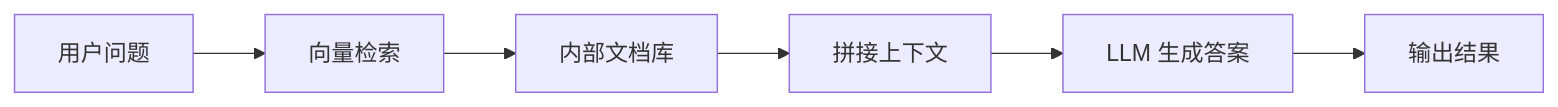
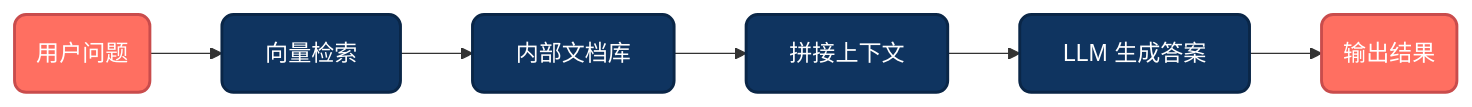
One commit to microwind/ai-prompt changed the second of 2 diagrams in programmer_prompt_engineering_guide.md. Above: the diagram before and after it, drawn with Mermaid. The commit also changed other lines of this file and 1 other file, not shown here.

````diff
--- a/programmer_prompt_engineering_guide.md
+++ b/programmer_prompt_engineering_guide.md
@@ -746,8 +754,16 @@
 ```mermaid
 flowchart LR
-    A[用户问题] --> B[向量检索]
+    A(用户问题) --> B[向量检索]
     B --> C[内部文档库]
     C --> D[拼接上下文]
     D --> E[LLM 生成答案]
-    E --> F[输出结果]
+    E --> F(输出结果)
+    
+    %% 样式定义
+    classDef endNodes fill:#ff6f61,color:#fff,stroke:#c94c4c,stroke-width:2px,rx:8,ry:8;
+		classDef middleNodes fill:#0f3460,color:#fff,stroke:#0a2647,stroke-width:2px,rx:8,ry:8;
+
+    %% 应用样式
+    class A,F endNodes;
+    class B,C,D,E, middleNodes;
 ```
````
